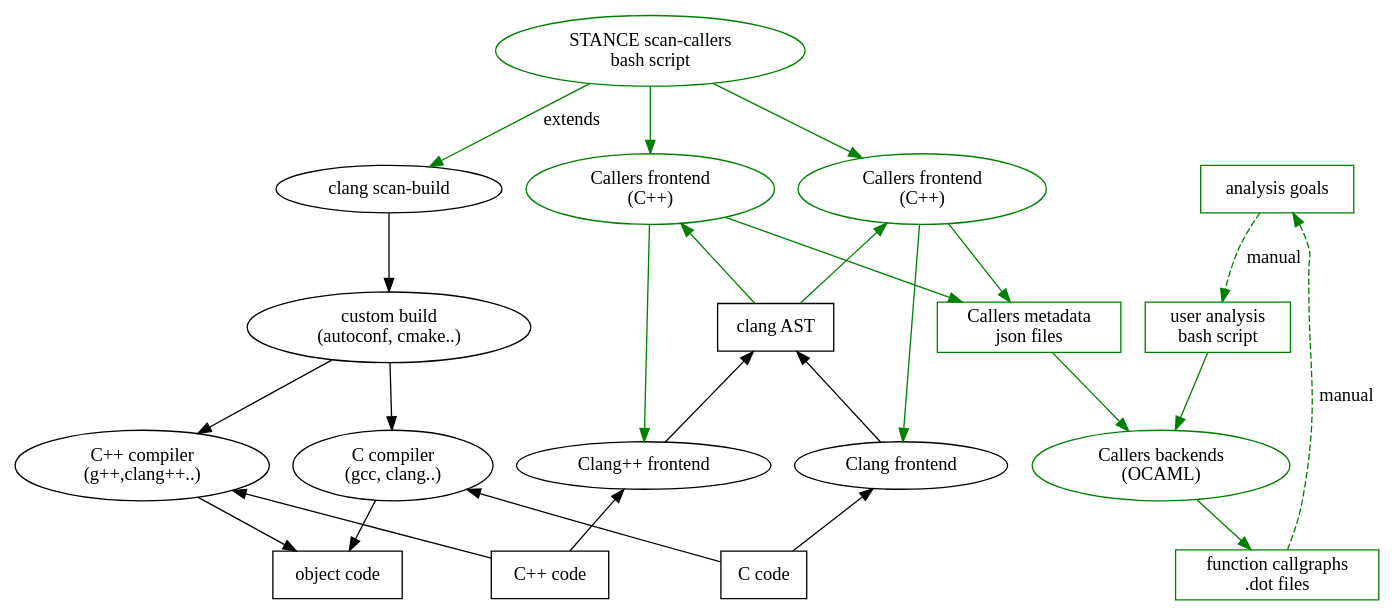
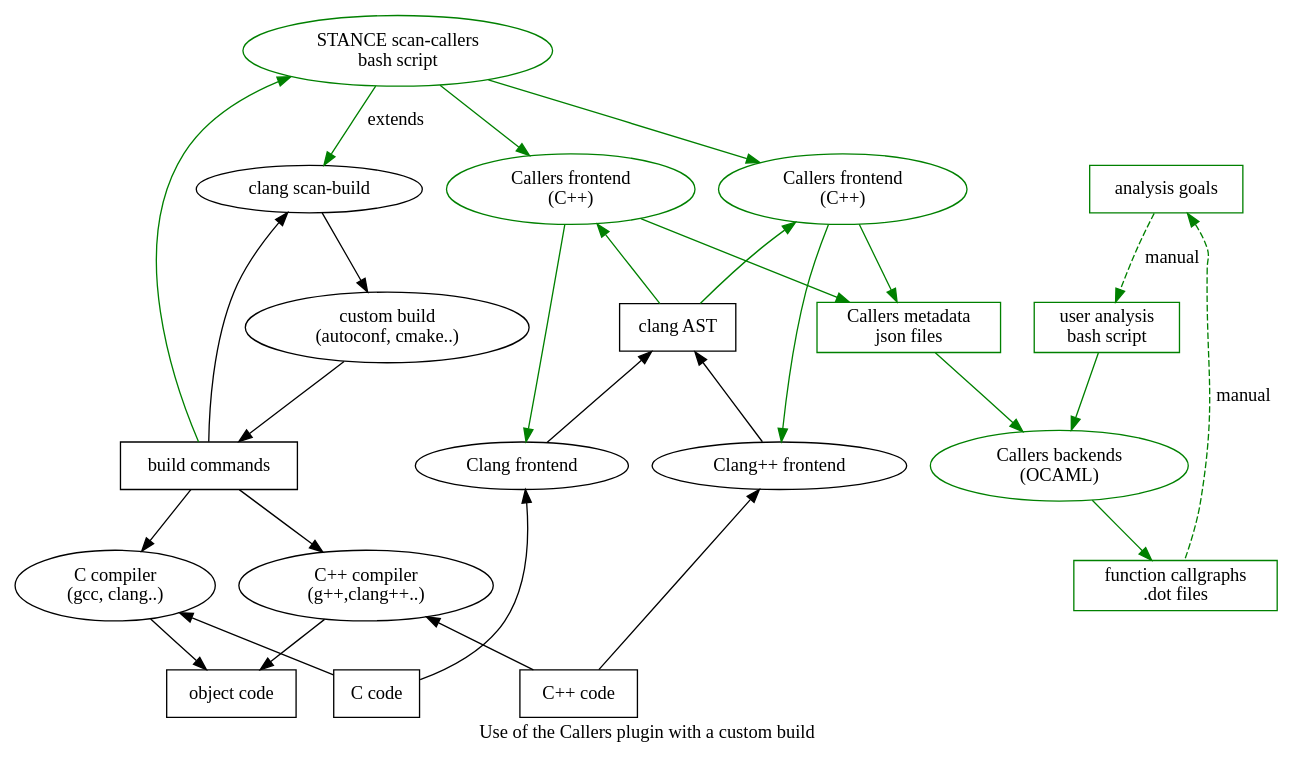
One commit to hbalp/callers changed the third of 8 diagrams in doc/callers.org. Above: the diagram before and after it, drawn with Graphviz. The commit also changed other lines of this file, not shown here.

```diff
--- a/doc/callers.org
+++ b/doc/callers.org
@@ -312,16 +328,25 @@
     #+BEGIN_SRC dot :tangle callers.scan.gen.dot
 digraph "scan-callers" 
 {
+// title
+labelloc="b"
+label="Use of the Callers plugin with a custom build"
 
 "scan-build" [ label="clang scan-build" ]
 "scan-callers" [ label="STANCE scan-callers\nbash script", color=green ]
 "scan-callers" -> "scan-build" [ label="extends", color=green ]
 "scan-callers" -> "callers frontend" [ color=green ]
 "scan-callers" -> "callers++ frontend" [ color=green ]
+"scan-callers" -> "build commands" [ dir=back, color=green ]
 
 // user build
 "user build" [ label="custom build\n(autoconf, cmake..)" ]
+"build commands" [ label="build commands", shape=box ]
+"user build" -> "build commands"
+
+// scan build
 "scan-build" -> "user build"
+"scan-build" -> "build commands" [ dir=back ]
 
 // compilation
 "object code" [ shape="box" ]
@@ -329,14 +354,14 @@
 // c compilation
 "c code" [ label="C code", shape="box" ]
 "c compiler" [ label="C compiler\n(gcc, clang..)" ]
-"user build" -> "c compiler"
+"build commands" -> "c compiler"
 "c compiler" -> "c code" [ dir=back ]
 "c compiler" -> "object code"
 
 // c++ compilation
 "cpp code" [ label="C++ code", shape="box" ]
 "cpp compiler" [ label="C++ compiler\n(g++,clang++..)" ]
-"user build" -> "cpp compiler"
+"build commands" -> "cpp compiler"
 "cpp compiler" -> "cpp code" [ dir=back ]
 "cpp compiler" -> "object code"
 
```
